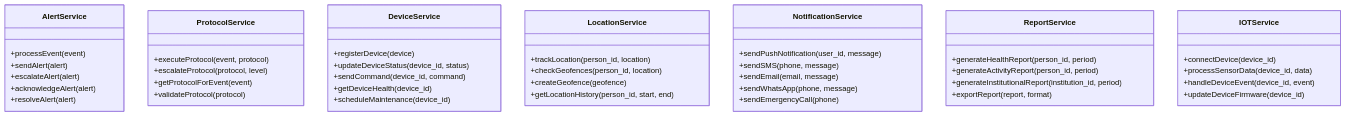
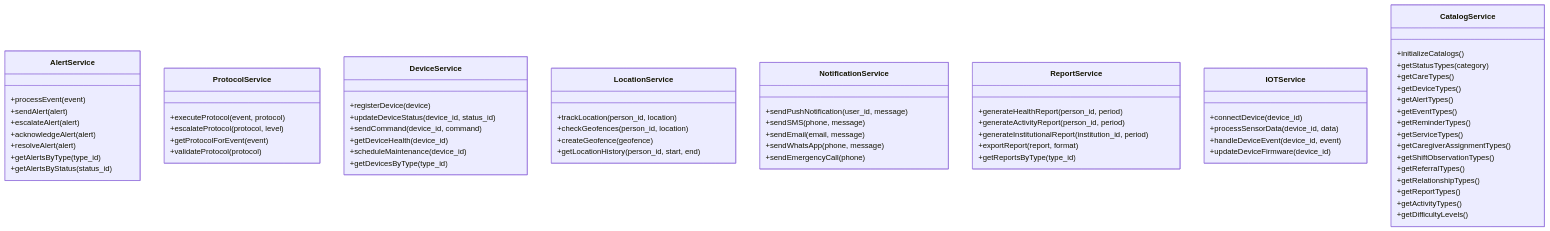
One commit to resourceldg/cuiot changed the second of 7 diagrams in docs/tecnicos/UML.md. Above: the diagram before and after it, drawn with Mermaid. The commit also changed other lines of this file and 221 other files, not shown here.

````diff
--- a/docs/tecnicos/UML.md
+++ b/docs/tecnicos/UML.md
@@ -278,54 +821,76 @@
 ```mermaid
 classDiagram
     class AlertService {
         +processEvent(event)
         +sendAlert(alert)
         +escalateAlert(alert)
         +acknowledgeAlert(alert)
         +resolveAlert(alert)
+        +getAlertsByType(type_id)
+        +getAlertsByStatus(status_id)
     }
 
     class ProtocolService {
         +executeProtocol(event, protocol)
         +escalateProtocol(protocol, level)
         +getProtocolForEvent(event)
         +validateProtocol(protocol)
     }
 
     class DeviceService {
         +registerDevice(device)
-        +updateDeviceStatus(device_id, status)
+        +updateDeviceStatus(device_id, status_id)
         +sendCommand(device_id, command)
         +getDeviceHealth(device_id)
         +scheduleMaintenance(device_id)
+        +getDevicesByType(type_id)
     }
 
     class LocationService {
         +trackLocation(person_id, location)
         +checkGeofences(person_id, location)
         +createGeofence(geofence)
         +getLocationHistory(person_id, start, end)
     }
 
     class NotificationService {
         +sendPushNotification(user_id, message)
         +sendSMS(phone, message)
         +sendEmail(email, message)
         +sendWhatsApp(phone, message)
         +sendEmergencyCall(phone)
     }
 
     class ReportService {
         +generateHealthReport(person_id, period)
         +generateActivityReport(person_id, period)
         +generateInstitutionalReport(institution_id, period)
         +exportReport(report, format)
+        +getReportsByType(type_id)
     }
 
     class IOTService {
         +connectDevice(device_id)
         +processSensorData(device_id, data)
         +handleDeviceEvent(device_id, event)
         +updateDeviceFirmware(device_id)
     }
+
+    class CatalogService {
+        +initializeCatalogs()
+        +getStatusTypes(category)
+        +getCareTypes()
+        +getDeviceTypes()
+        +getAlertTypes()
+        +getEventTypes()
+        +getReminderTypes()
+        +getServiceTypes()
+        +getCaregiverAssignmentTypes()
+        +getShiftObservationTypes()
+        +getReferralTypes()
+        +getRelationshipTypes()
+        +getReportTypes()
+        +getActivityTypes()
+        +getDifficultyLevels()
+    }
 ```
````
